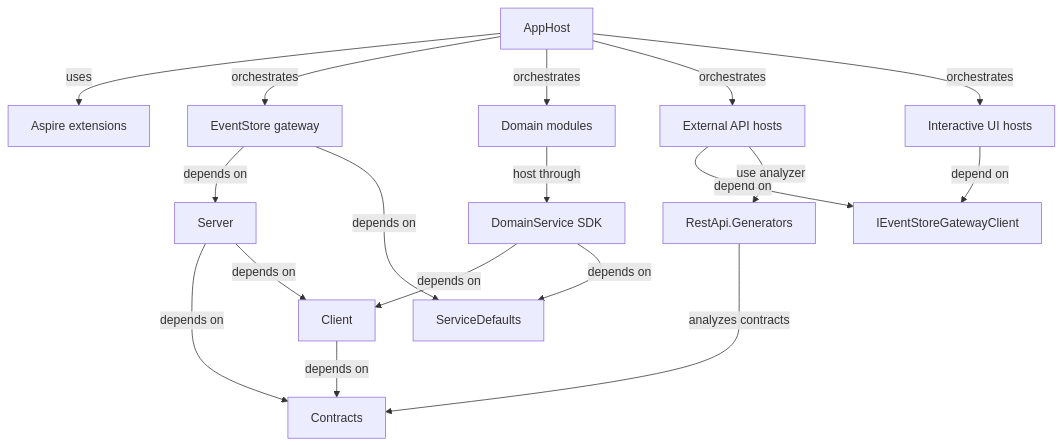
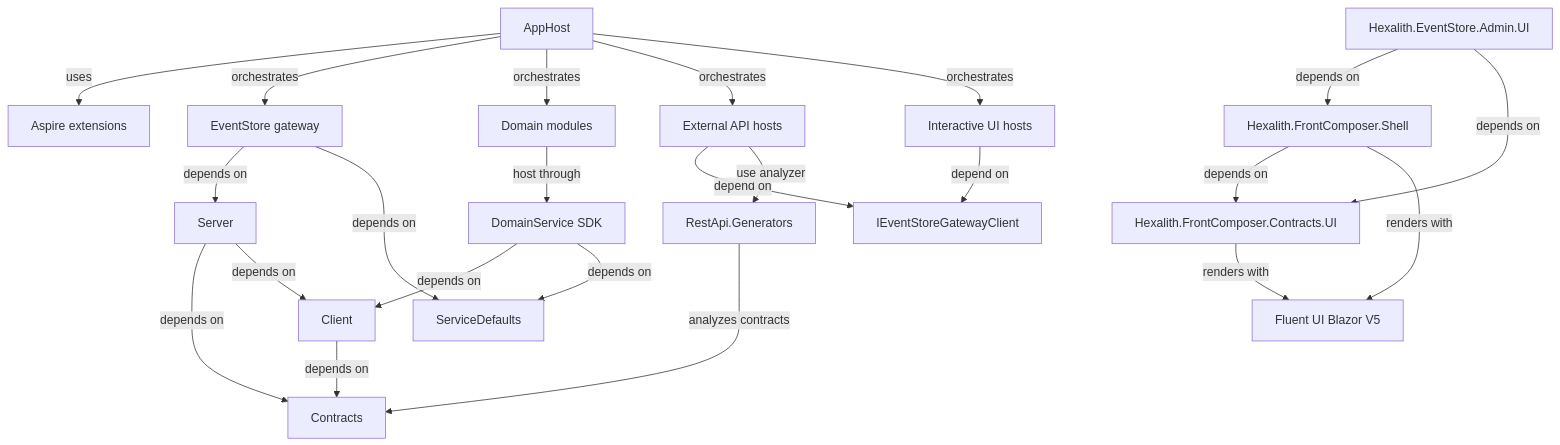
The second of 3 diagrams in _bmad-output/planning-artifacts/architecture.md (Hexalith/Hexalith.EventStore), drawn with Mermaid before and after one commit. The commit also changed other lines of this file and 10 other files, not shown here.

````diff
--- a/_bmad-output/planning-artifacts/architecture.md
+++ b/_bmad-output/planning-artifacts/architecture.md
@@ -149,20 +152,25 @@
 ```mermaid
 flowchart TD
     Client[Client] -->|depends on| Contracts[Contracts]
     Server[Server] -->|depends on| Contracts
     Server -->|depends on| Client
     DomainService[DomainService SDK] -->|depends on| Client
     DomainService -->|depends on| ServiceDefaults[ServiceDefaults]
     Gateway[EventStore gateway] -->|depends on| Server
     Gateway -->|depends on| ServiceDefaults
     Generator[RestApi.Generators] -->|analyzes contracts| Contracts
     ExternalApi[External API hosts] -->|depend on| GatewayClient[IEventStoreGatewayClient]
     ExternalApi -->|use analyzer| Generator
     UIHosts[Interactive UI hosts] -->|depend on| GatewayClient
+    AdminUI[Hexalith.EventStore.Admin.UI] -->|depends on| FrontComposerShell[Hexalith.FrontComposer.Shell]
+    AdminUI -->|depends on| FrontComposerContractsUI[Hexalith.FrontComposer.Contracts.UI]
+    FrontComposerShell -->|depends on| FrontComposerContractsUI
+    FrontComposerShell -->|renders with| FluentUI[Fluent UI Blazor V5]
+    FrontComposerContractsUI -->|renders with| FluentUI
     DomainModules[Domain modules] -->|host through| DomainService
     AppHost[AppHost] -->|uses| Aspire[Aspire extensions]
     AppHost -->|orchestrates| Gateway
     AppHost -->|orchestrates| DomainModules
     AppHost -->|orchestrates| ExternalApi
     AppHost -->|orchestrates| UIHosts
 ```
````
